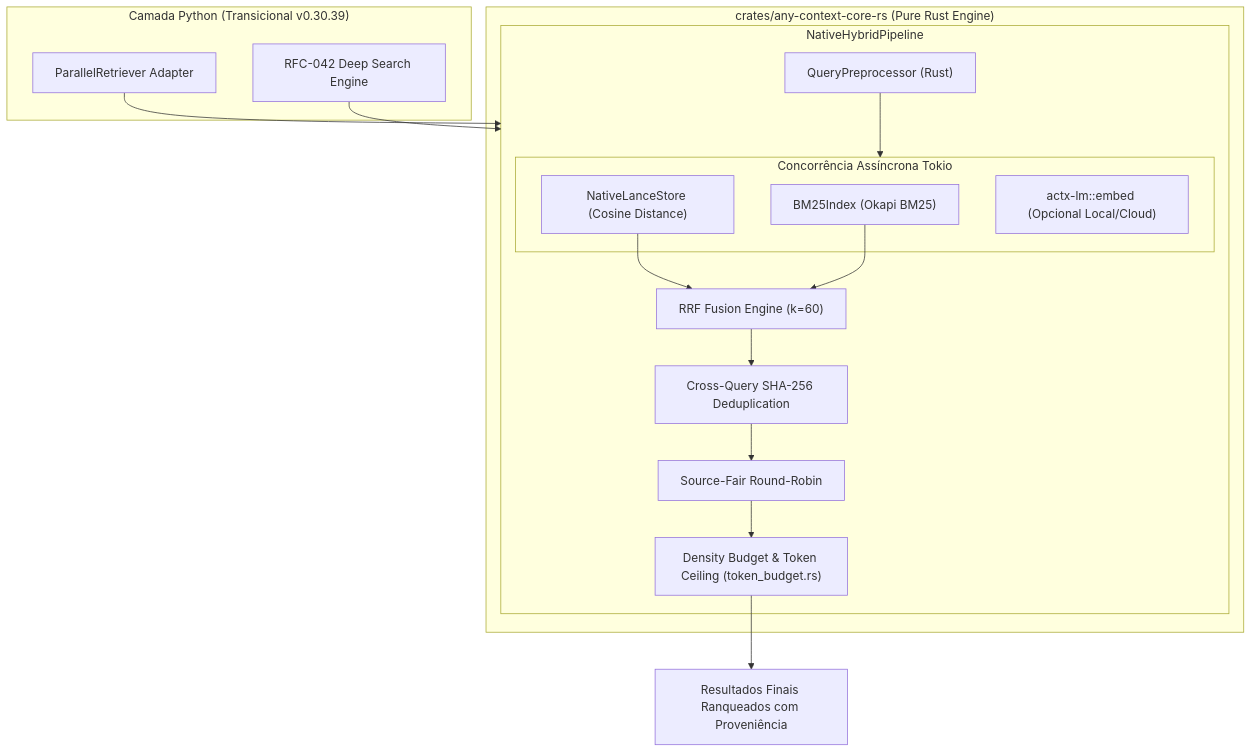
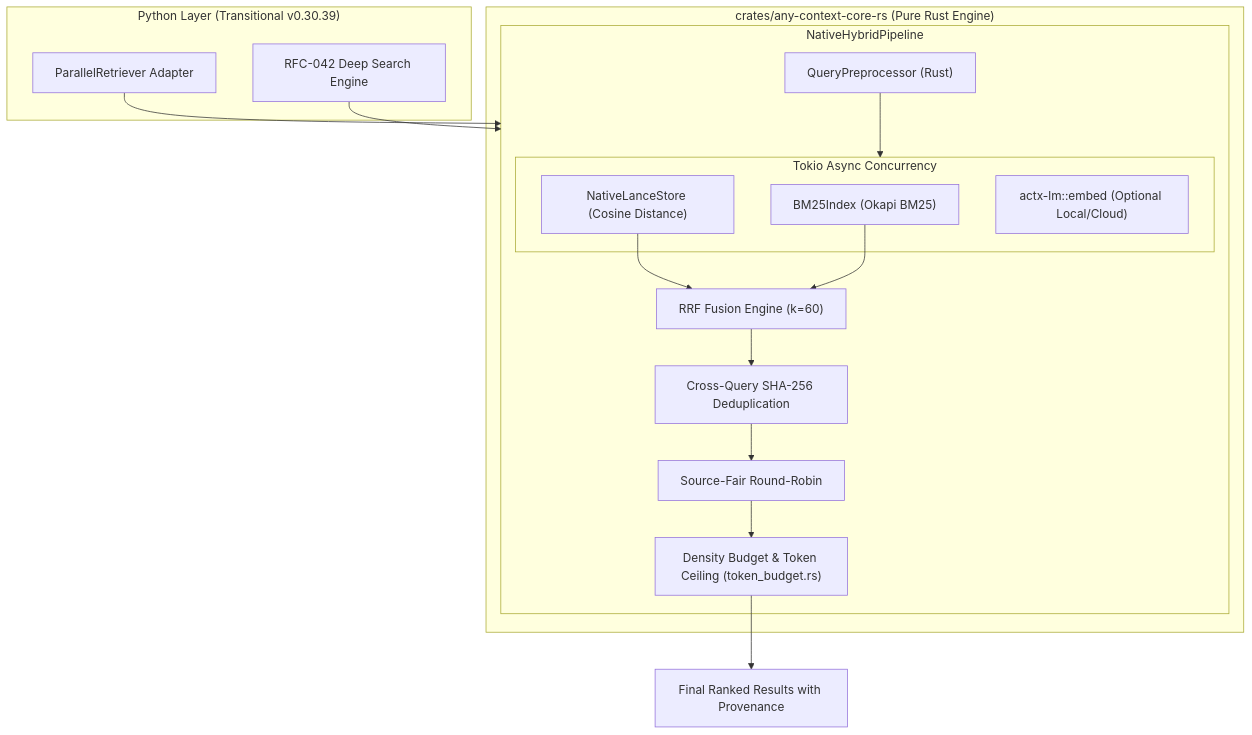
One commit to Levix-Digital/any-context changed the diagram in docs/plans/anycontext_p3_native_rag_blueprint.md. Above: the diagram before and after it, drawn with Mermaid. The commit also changed other lines of this file and 1 other file, not shown here.

````diff
--- a/docs/plans/anycontext_p3_native_rag_blueprint.md
+++ b/docs/plans/anycontext_p3_native_rag_blueprint.md
@@ -73,34 +73,34 @@
 ```mermaid
 flowchart TD
-    subgraph TransitionalPython["Camada Python (Transicional v0.30.39)"]
+    subgraph TransitionalPython["Python Layer (Transitional v0.30.39)"]
         PyRetriever["ParallelRetriever Adapter"]
         DeepSearchNode["RFC-042 Deep Search Engine"]
     end
 
     subgraph NativeCore["crates/any-context-core-rs (Pure Rust Engine)"]
         subgraph Pipeline["NativeHybridPipeline"]
             QP["QueryPreprocessor (Rust)"]
             
-            subgraph ParallelExecution["Concorrência Assíncrona Tokio"]
+            subgraph ParallelExecution["Tokio Async Concurrency"]
                 DenseEngine["NativeLanceStore (Cosine Distance)"]
                 SparseEngine["BM25Index (Okapi BM25)"]
-                EmbedEngine["actx-lm::embed (Opcional Local/Cloud)"]
+                EmbedEngine["actx-lm::embed (Optional Local/Cloud)"]
             end
 
             RRF["RRF Fusion Engine (k=60)"]
             CrossDedup["Cross-Query SHA-256 Deduplication"]
             Diversifier["Source-Fair Round-Robin"]
             Budgeter["Density Budget & Token Ceiling (token_budget.rs)"]
         end
     end
 
     PyRetriever --> Pipeline
     DeepSearchNode --> Pipeline
     QP --> ParallelExecution
     DenseEngine --> RRF
     SparseEngine --> RRF
     RRF --> CrossDedup
     CrossDedup --> Diversifier
     Diversifier --> Budgeter
-    Budgeter --> Result["Resultados Finais Ranqueados com Proveniência"]
+    Budgeter --> Result["Final Ranked Results with Provenance"]
 ```
````
